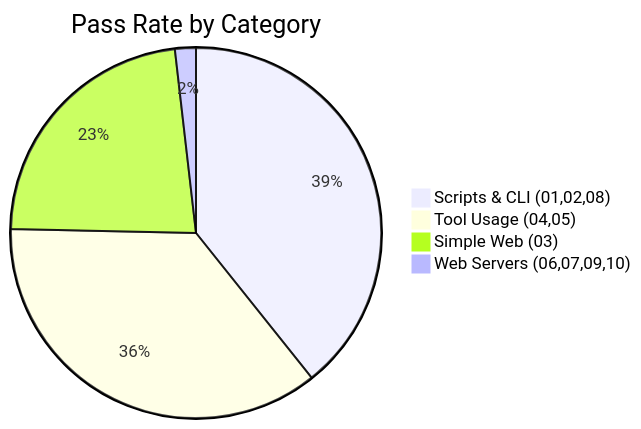
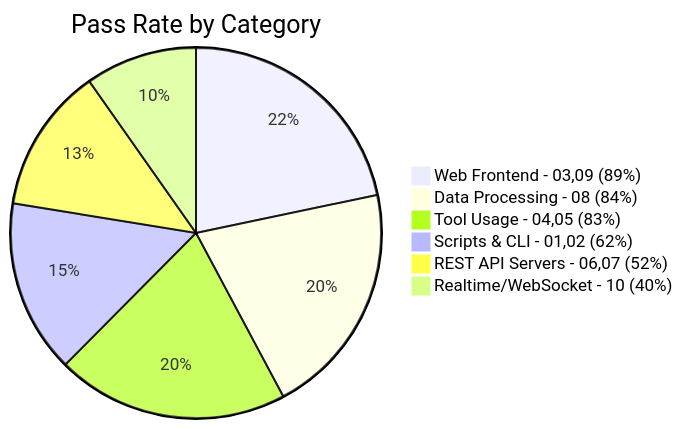
Before and after one commit to ywchiu/local_agentic_llm: the second of 2 diagrams in README.md, drawn with Mermaid. The commit also changed other lines of this file and 10 other files, not shown here.

````diff
--- a/README.md
+++ b/README.md
@@ -105,7 +63,9 @@
 ```mermaid
 pie title Pass Rate by Category
-    "Scripts & CLI (01,02,08)" : 86
-    "Tool Usage (04,05)" : 79
-    "Simple Web (03)" : 50
-    "Web Servers (06,07,09,10)" : 4
+    "Web Frontend - 03,09 (89%)" : 89
+    "Data Processing - 08 (84%)" : 84
+    "Tool Usage - 04,05 (83%)" : 83
+    "Scripts & CLI - 01,02 (62%)" : 62
+    "REST API Servers - 06,07 (52%)" : 52
+    "Realtime/WebSocket - 10 (40%)" : 40
 ```
````
